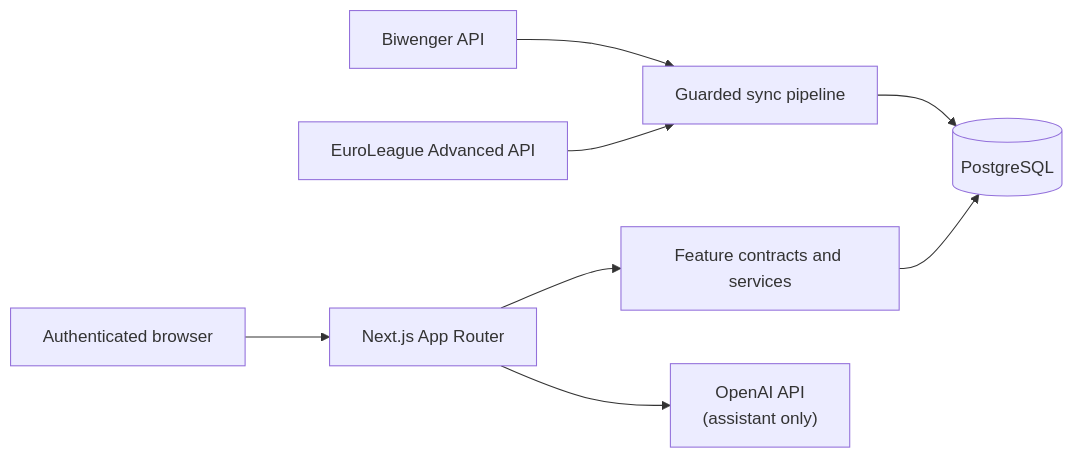
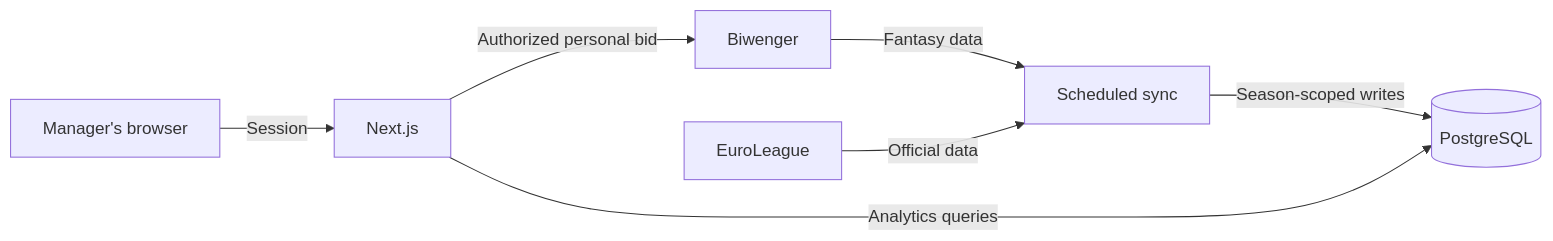
The diagram in docs/architecture/system-overview.md (c4rl0s04/biwenger-euroleague-stats), drawn with Mermaid before and after one commit. The commit also changed other lines of this file and 1 other file, not shown here.

````diff
--- a/docs/architecture/system-overview.md
+++ b/docs/architecture/system-overview.md
@@ -25,11 +22,9 @@
 ```mermaid
 flowchart LR
-  Biwenger["Biwenger API"] --> Sync["Guarded sync pipeline"]
-  EuroLeague["EuroLeague Advanced API"] --> Sync
-  Sync --> DB[(PostgreSQL)]
-
-  Browser["Authenticated browser"] --> Next["Next.js App Router"]
-  Next --> Features["Feature contracts and services"]
-  Features --> DB
-  Next --> OpenAI["OpenAI API<br/>(assistant only)"]
+  Biwenger["Biwenger"] -->|Fantasy data| Sync["Scheduled sync"]
+  EuroLeague["EuroLeague"] -->|Official data| Sync
+  Sync -->|Season-scoped writes| DB[(PostgreSQL)]
+  Browser["Manager's browser"] -->|Session| App["Next.js"]
+  App -->|Analytics queries| DB
+  App -->|Authorized personal bid| Biwenger
 ```
````
